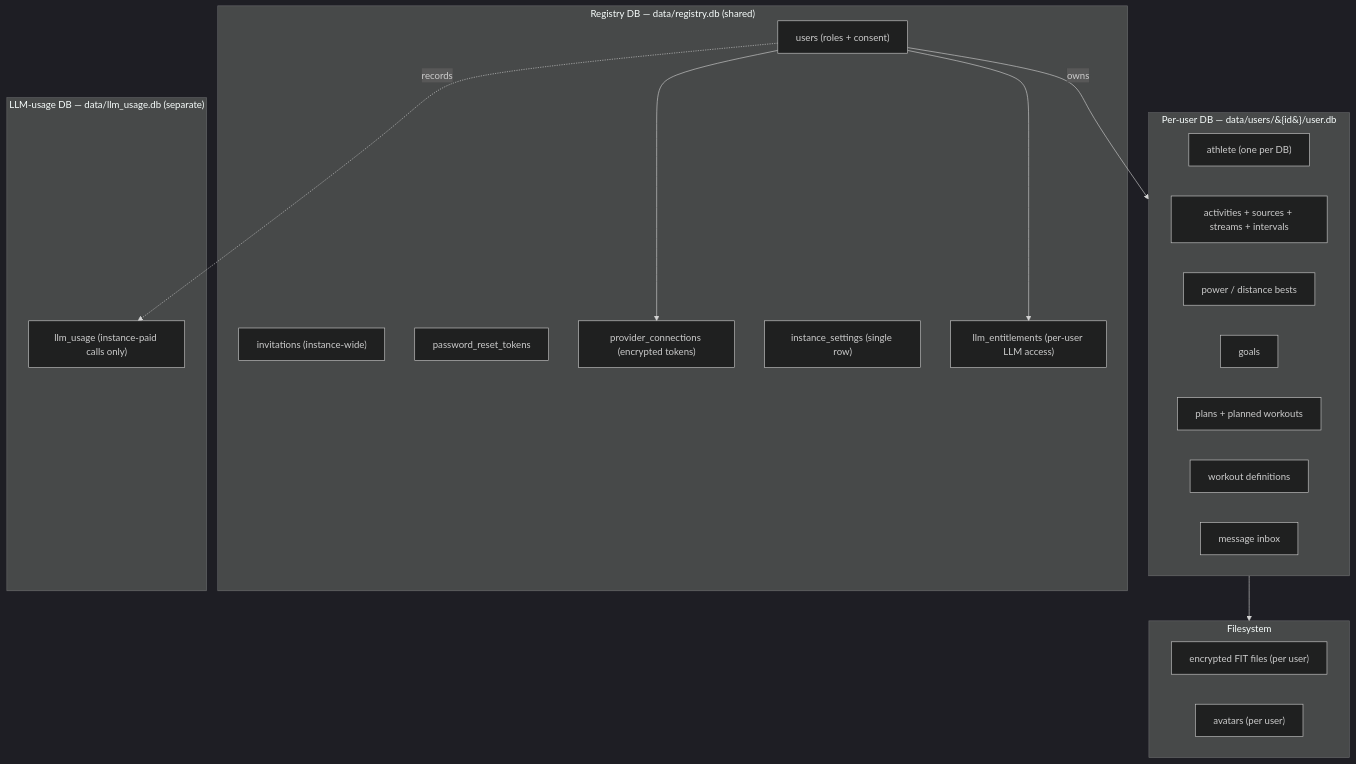
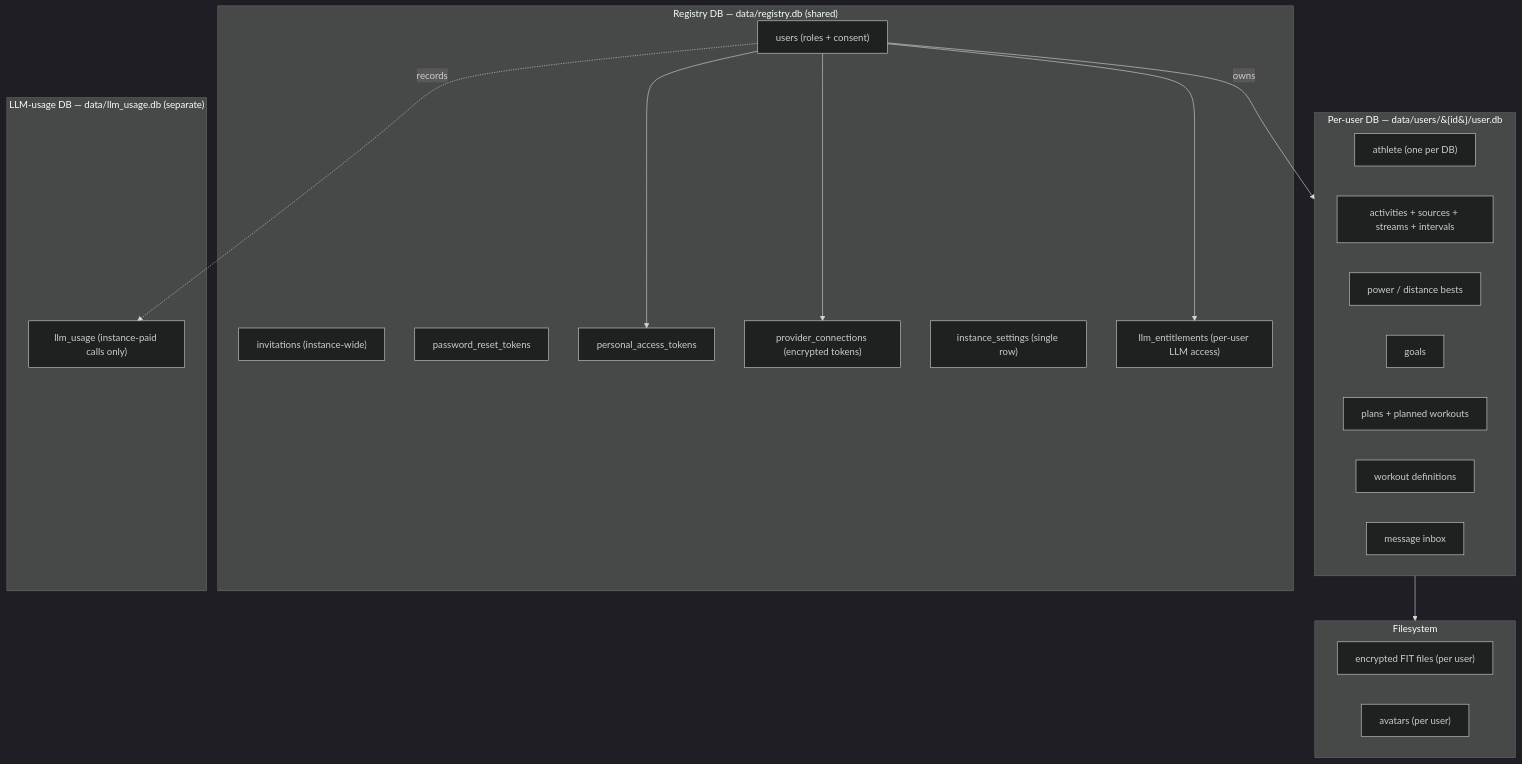
One commit to openkoutsi/openkoutsi-arch changed the diagram in docs/architecture/data-model.md. Above: the diagram before and after it, drawn with Mermaid (dark theme). The commit also changed other lines of this file and 3 other files, not shown here.

````diff
--- a/docs/architecture/data-model.md
+++ b/docs/architecture/data-model.md
@@ -9,32 +9,34 @@
 ```mermaid
 flowchart TD
     subgraph Registry["Registry DB — data/registry.db (shared)"]
         U["users (roles + consent)"]
         I["invitations (instance-wide)"]
         PR["password_reset_tokens"]
+        PAT["personal_access_tokens"]
         PC["provider_connections (encrypted tokens)"]
         IS["instance_settings (single row)"]
         EN["llm_entitlements (per-user LLM access)"]
     end
     subgraph Usage["LLM-usage DB — data/llm_usage.db (separate)"]
         LU["llm_usage (instance-paid calls only)"]
     end
     subgraph PerUser["Per-user DB — data/users/&#123;id&#125;/user.db"]
         Ath["athlete (one per DB)"]
         Act["activities + sources + streams + intervals"]
         Best["power / distance bests"]
         Goals["goals"]
         Plans["plans + planned workouts"]
         Work["workout definitions"]
         Msg["message inbox"]
     end
     subgraph Files["Filesystem"]
         Fit["encrypted FIT files (per user)"]
         Av["avatars (per user)"]
     end
     U -->|owns| PerUser
     U --> PC
     U --> EN
+    U --> PAT
     U -.records.-> LU
     PerUser --> Files
 ```
````
